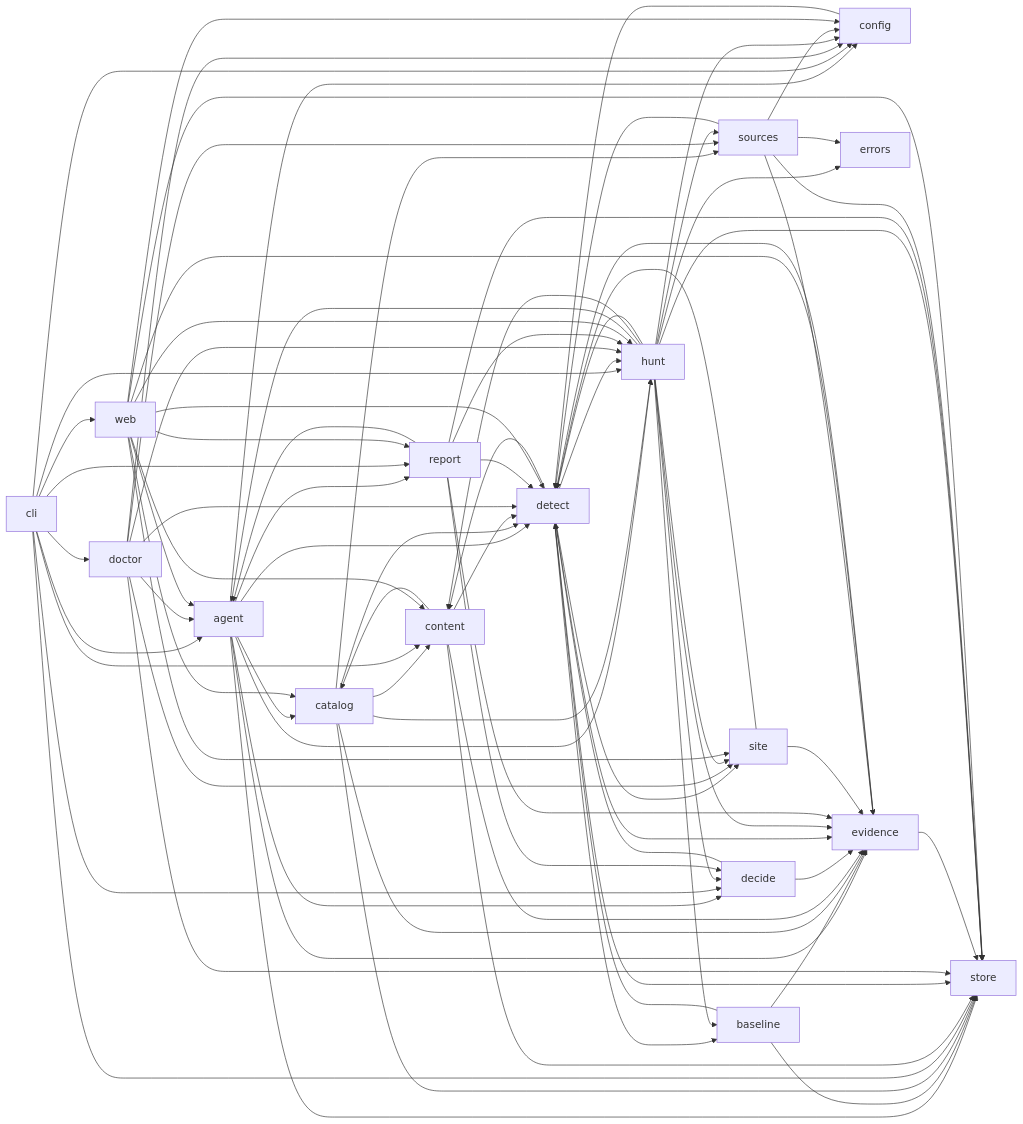
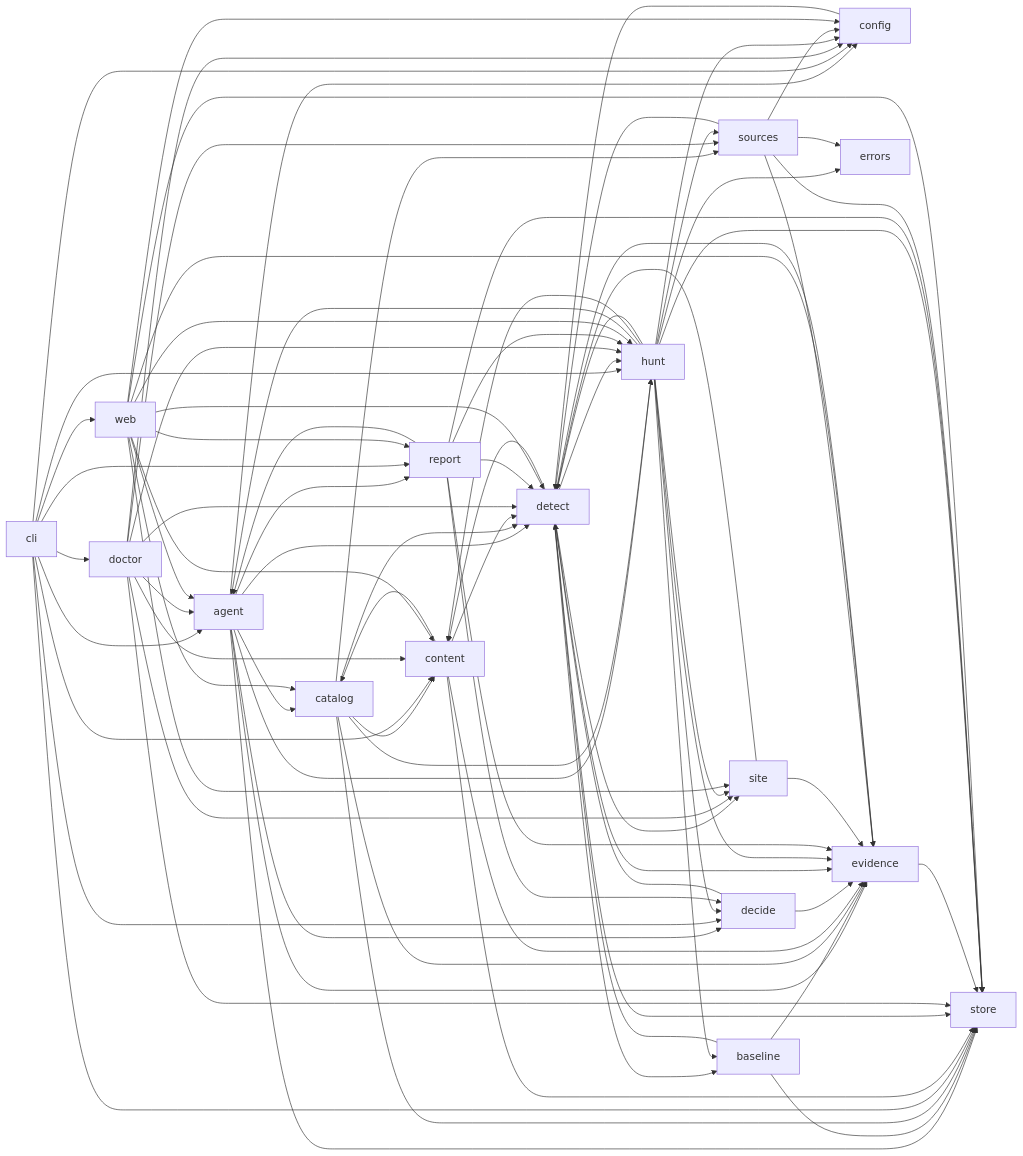
One commit to nickthabib-cloud/ROMULUS changed the diagram in docs/architecture/MODULE_MAP.md. Above: the diagram before and after it, drawn with Mermaid. The commit also changed other lines of this file and 4 other files, not shown here.

```diff
--- a/docs/architecture/MODULE_MAP.md
+++ b/docs/architecture/MODULE_MAP.md
@@ -355,6 +355,7 @@
   detect --> store
   doctor --> agent
   doctor --> config
+  doctor --> content
   doctor --> detect
   doctor --> hunt
   doctor --> site
```
